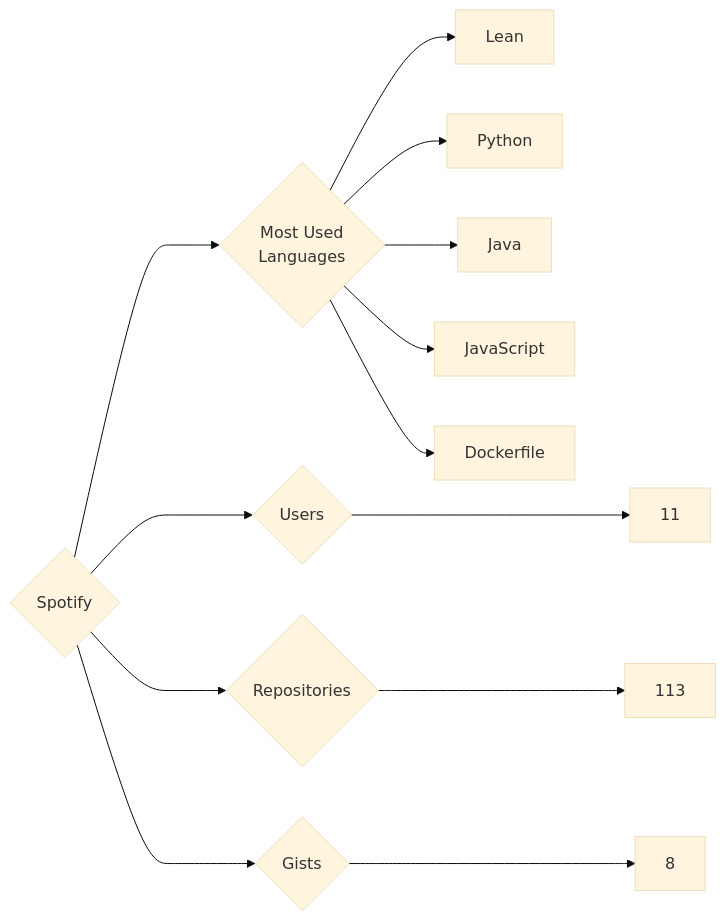
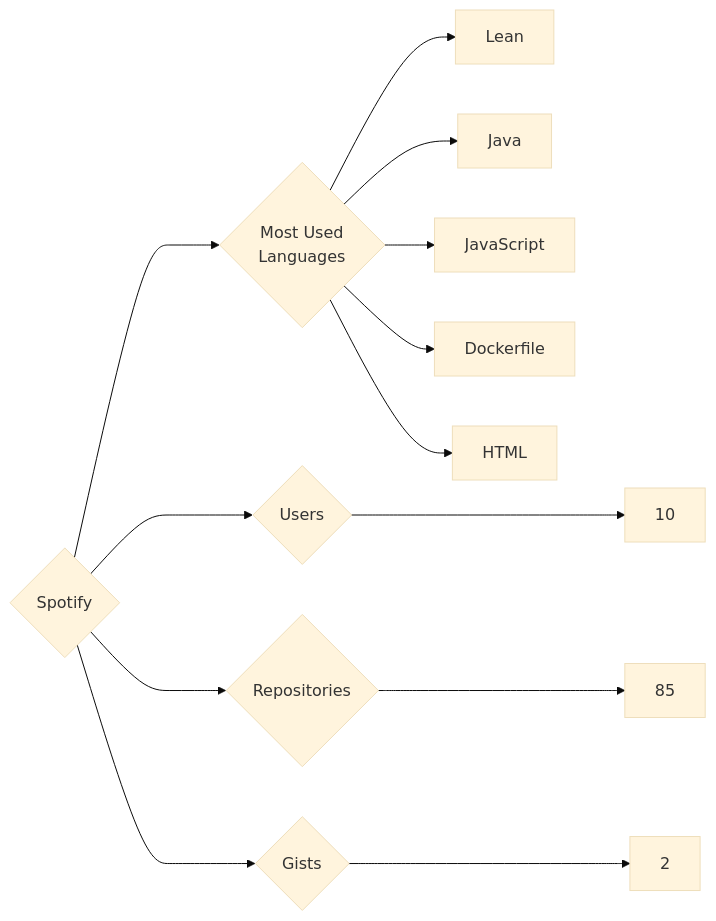
The diagram in targets/Spotify/README.md (trickest/insiders), drawn with Mermaid (base theme) before and after one commit. The commit also changed 748 other files, not shown here.

````diff
--- a/targets/Spotify/README.md
+++ b/targets/Spotify/README.md
@@ -3,13 +3,13 @@
 ```mermaid
 graph LR
 COMPANY_NAME{Spotify}
-COMPANY_NAME ---> U{Users} ---> UN[11]
-COMPANY_NAME ---> R{Repositories} ---> RN[113]
-COMPANY_NAME ---> G{Gists} ---> GN[8]
+COMPANY_NAME ---> U{Users} ---> UN[10]
+COMPANY_NAME ---> R{Repositories} ---> RN[85]
+COMPANY_NAME ---> G{Gists} ---> GN[2]
 COMPANY_NAME ---> ML{Most Used<br>Languages}
 ML --> Lean[Lean]
-ML --> Python[Python]
 ML --> Java[Java]
 ML --> JavaScript[JavaScript]
 ML --> Dockerfile[Dockerfile]
+ML --> HTML[HTML]
 ```
````
